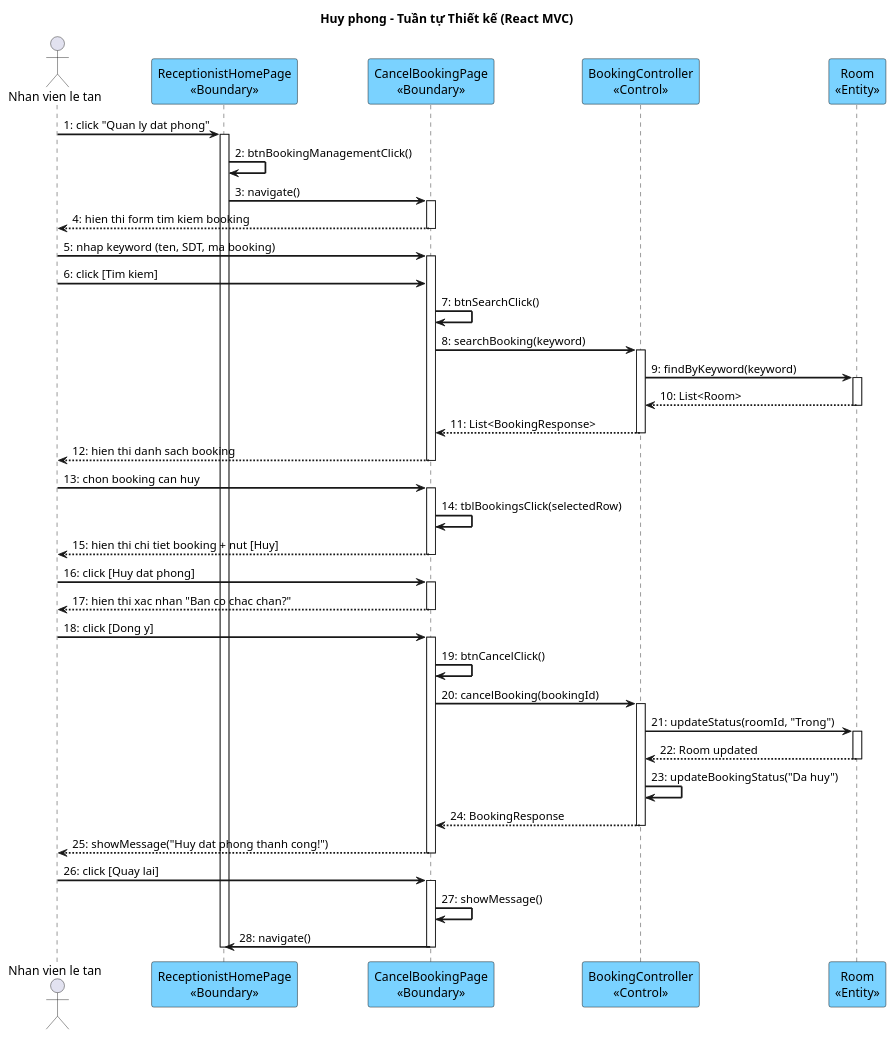
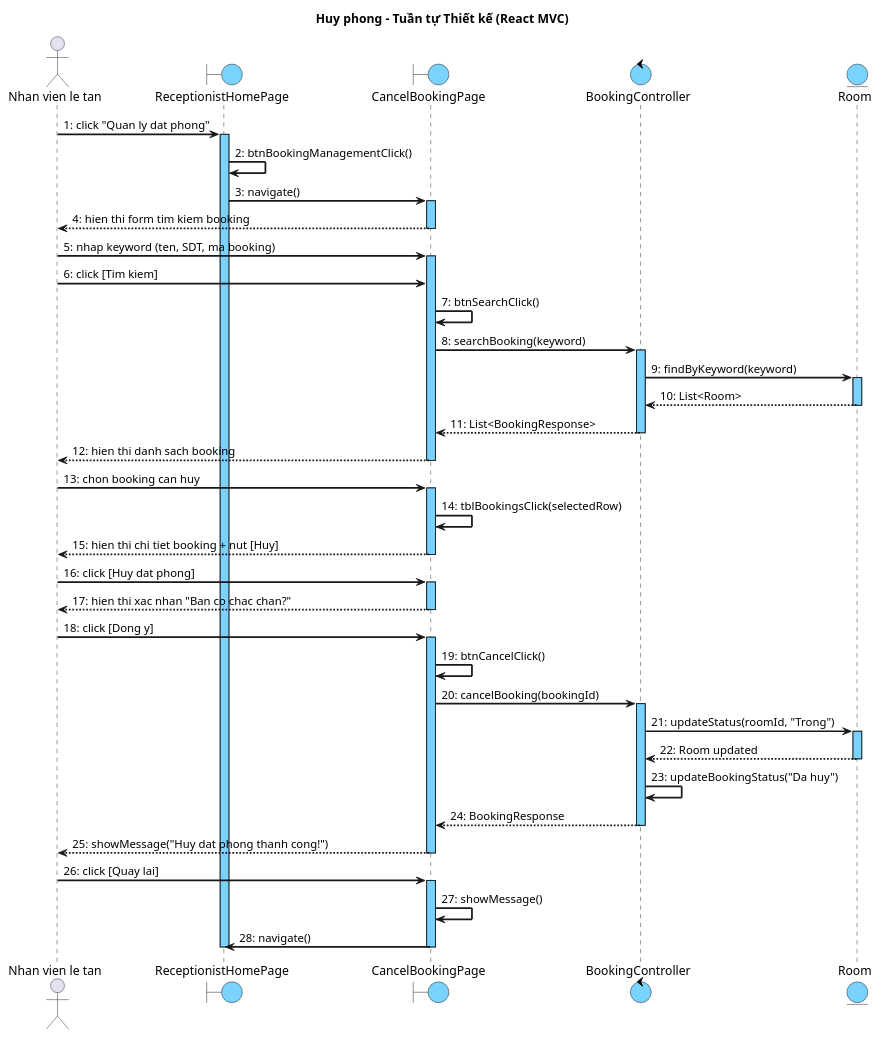
The fourth of 4 diagrams in docs/tabs/section-booking-iii.4.md (thanhtrnnn/cnpm), drawn with PlantUML before and after one commit. The commit also changed other lines of this file and 10 other files, not shown here.

First line of the commit message:
fix: sequence diagrams - blue activation bars + boundary/entity circle symbols

````diff
--- a/docs/tabs/section-booking-iii.4.md
+++ b/docs/tabs/section-booking-iii.4.md
@@ -467,79 +470,80 @@
 ```plantuml
 @startuml
 skinparam shadowing false
 skinparam SequenceMessageAlign left
 skinparam SequenceArrowThickness 2
+skinparam SequenceLifeLineBackgroundColor #7AD2FF
 skinparam ParticipantBackgroundColor #7AD2FF
 skinparam ParticipantBorderColor black
 skinparam BoundaryBackgroundColor #7AD2FF
 skinparam BoundaryBorderColor black
 skinparam ControlBackgroundColor #7AD2FF
 skinparam ControlBorderColor black
 skinparam EntityBackgroundColor #7AD2FF
 skinparam EntityBorderColor black
 
 title Huy phong – Tuần tự Thiết kế (React MVC)
 
 actor "Nhan vien le tan" as NV
-participant "ReceptionistHomePage\n<<Boundary>>" as Home
-participant "CancelBookingPage\n<<Boundary>>" as CBP
-participant "BookingController\n<<Control>>" as Ctrl
-participant "Room\n<<Entity>>" as Room
+boundary "ReceptionistHomePage" as Home
+boundary "CancelBookingPage" as CBP
+control "BookingController" as Ctrl
+entity "Room" as Room
 
 NV -> Home : 1: click "Quan ly dat phong"
 activate Home
 Home -> Home : 2: btnBookingManagementClick()
 Home -> CBP : 3: navigate()
 activate CBP
 CBP --> NV : 4: hien thi form tim kiem booking
 deactivate CBP
 
 NV -> CBP : 5: nhap keyword (ten, SDT, ma booking)
 activate CBP
 NV -> CBP : 6: click [Tim kiem]
 CBP -> CBP : 7: btnSearchClick()
 CBP -> Ctrl : 8: searchBooking(keyword)
 activate Ctrl
 Ctrl -> Room : 9: findByKeyword(keyword)
 activate Room
 Room --> Ctrl : 10: List<Room>
 deactivate Room
 Ctrl --> CBP : 11: List<BookingResponse>
 deactivate Ctrl
 CBP --> NV : 12: hien thi danh sach booking
 deactivate CBP
 
 NV -> CBP : 13: chon booking can huy
 activate CBP
 CBP -> CBP : 14: tblBookingsClick(selectedRow)
 CBP --> NV : 15: hien thi chi tiet booking + nut [Huy]
 deactivate CBP
 
 NV -> CBP : 16: click [Huy dat phong]
 activate CBP
 CBP --> NV : 17: hien thi xac nhan "Ban co chac chan?"
 deactivate CBP
 
 NV -> CBP : 18: click [Dong y]
 activate CBP
 CBP -> CBP : 19: btnCancelClick()
 CBP -> Ctrl : 20: cancelBooking(bookingId)
 activate Ctrl
 Ctrl -> Room : 21: updateStatus(roomId, "Trong")
 activate Room
 Room --> Ctrl : 22: Room updated
 deactivate Room
 Ctrl -> Ctrl : 23: updateBookingStatus("Da huy")
 Ctrl --> CBP : 24: BookingResponse
 deactivate Ctrl
 CBP --> NV : 25: showMessage("Huy dat phong thanh cong!")
 deactivate CBP
 
 NV -> CBP : 26: click [Quay lai]
 activate CBP
 CBP -> CBP : 27: showMessage()
 CBP -> Home : 28: navigate()
 deactivate CBP
 deactivate Home
 @enduml
 ```
````
